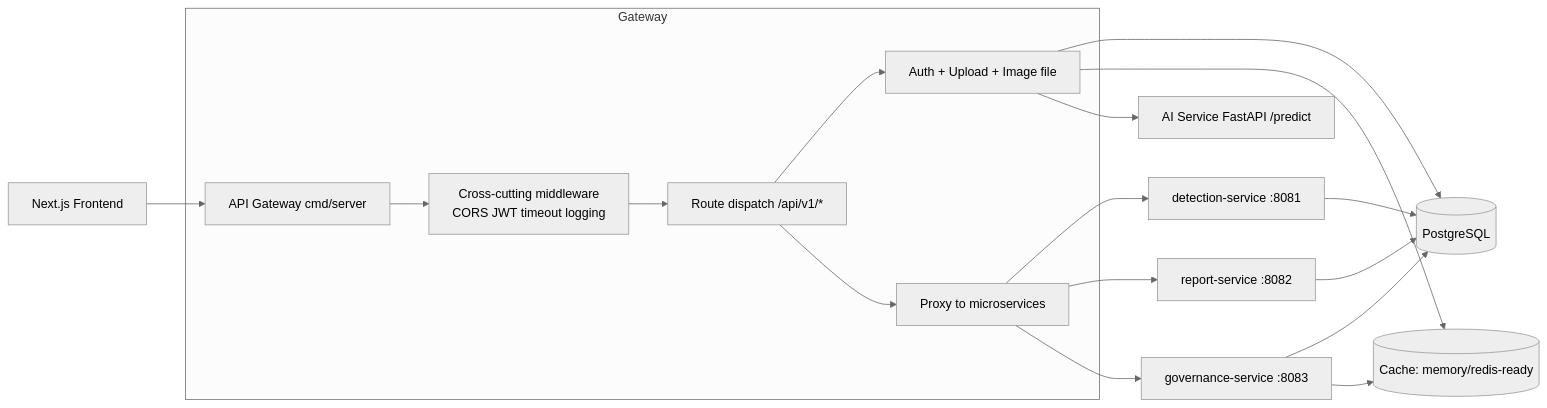
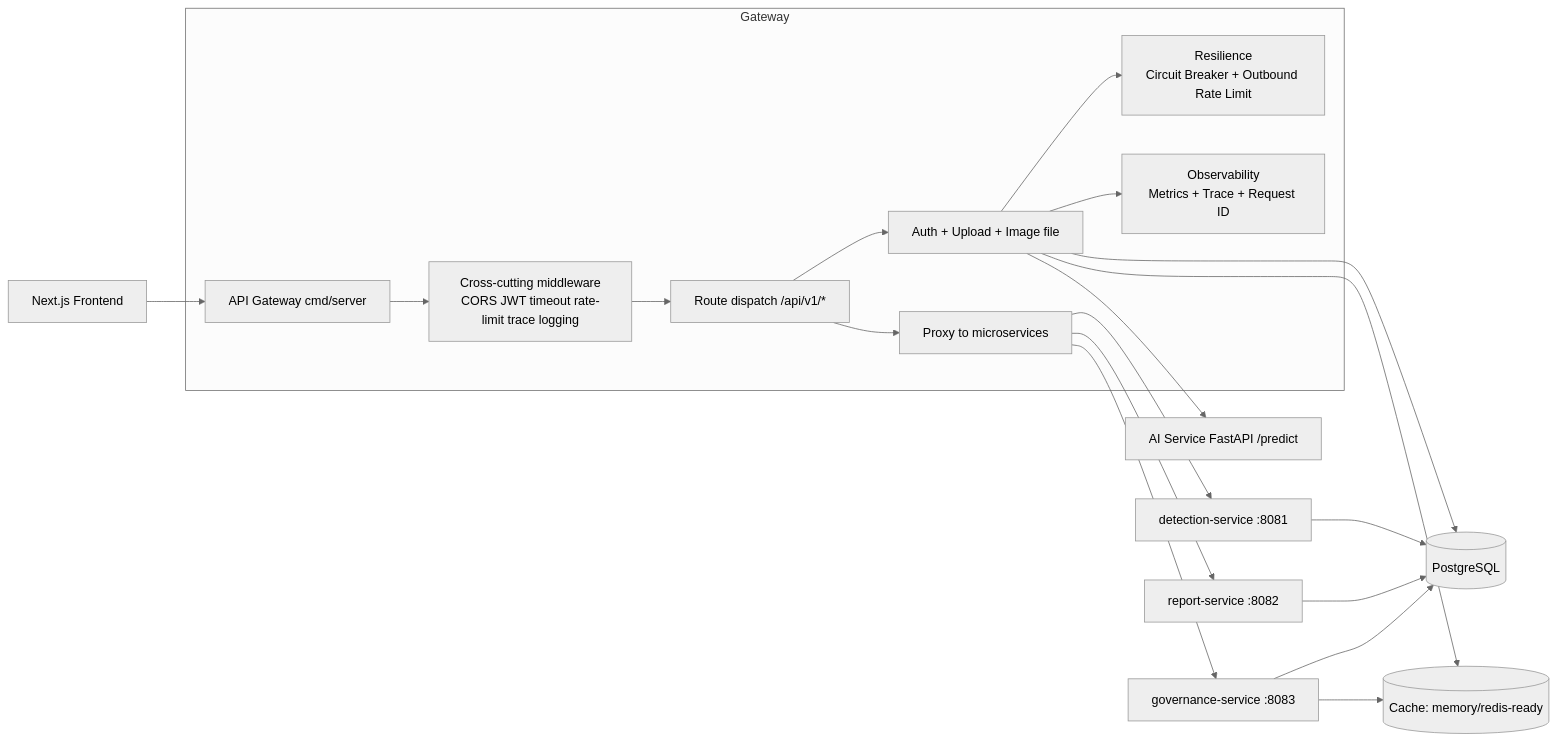
One commit to laixinyu/cancer-detection-system changed the first of 2 diagrams in backend-go/MICROSERVICES.md. Above: the diagram before and after it, drawn with Mermaid (neutral theme). The commit also changed other lines of this file and 62 other files, not shown here.

````diff
--- a/backend-go/MICROSERVICES.md
+++ b/backend-go/MICROSERVICES.md
@@ -12,23 +12,25 @@
 ```mermaid
 flowchart LR
   FE[Next.js Frontend] --> GW[API Gateway cmd/server]
 
   subgraph Gateway
-    GW --> MW[Cross-cutting middleware\nCORS JWT timeout logging]
+    GW --> MW[Cross-cutting middleware\nCORS JWT timeout rate-limit trace logging]
     MW --> RT[Route dispatch /api/v1/*]
     RT --> AUTH[Auth + Upload + Image file]
     RT --> PX[Proxy to microservices]
+    AUTH --> RS[Resilience\nCircuit Breaker + Outbound Rate Limit]
+    AUTH --> OBS[Observability\nMetrics + Trace + Request ID]
   end
 
   PX --> DET[detection-service :8081]
   PX --> REP[report-service :8082]
   PX --> GOV[governance-service :8083]
 
   AUTH --> PG[(PostgreSQL)]
   AUTH --> CACHE[(Cache: memory/redis-ready)]
   DET --> PG
   REP --> PG
   GOV --> PG
   GOV --> CACHE
   AUTH --> AI[AI Service FastAPI /predict]
 ```
````
